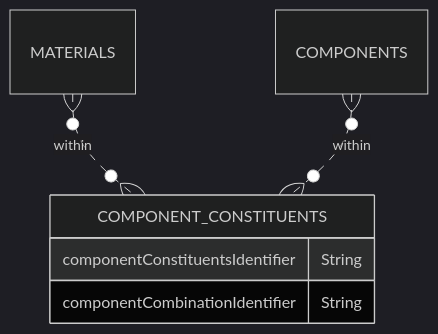
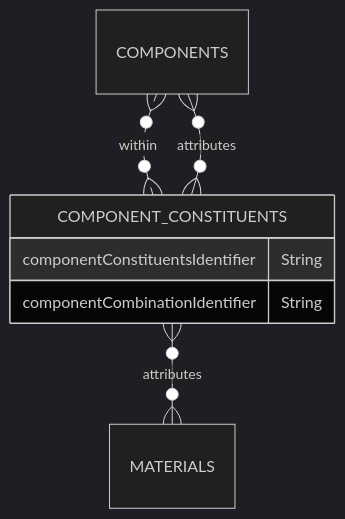
The diagram in docs/6_Relationship_Lists/6_002_Component_Constituents.md (OpenDataManchester/Open3P), drawn with Mermaid (dark theme) before and after one commit. The commit also changed 2 other files, not shown here.

Commit message:
Improving relationship list diagrams

````diff
--- a/docs/6_Relationship_Lists/6_002_Component_Constituents.md
+++ b/docs/6_Relationship_Lists/6_002_Component_Constituents.md
@@ -18,9 +18,10 @@
 ``` mermaid
 erDiagram
-  MATERIALS }o..o{ COMPONENT_CONSTITUENTS : within
   COMPONENTS }o..o{ COMPONENT_CONSTITUENTS : within
   COMPONENT_CONSTITUENTS {
     componentConstituentsIdentifier String
     componentCombinationIdentifier String
   }
+  COMPONENT_CONSTITUENTS }o--o{ MATERIALS : attributes
+  COMPONENT_CONSTITUENTS }o--o{ COMPONENTS : attributes
 ```
````
